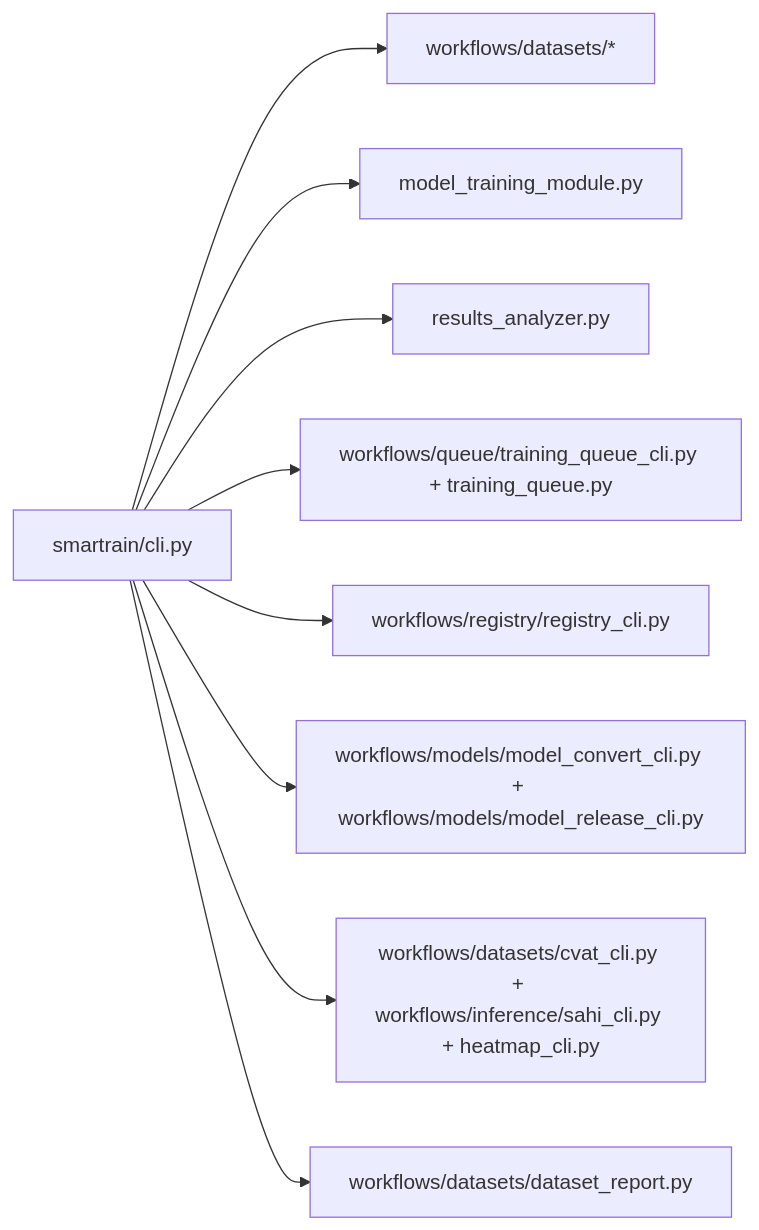
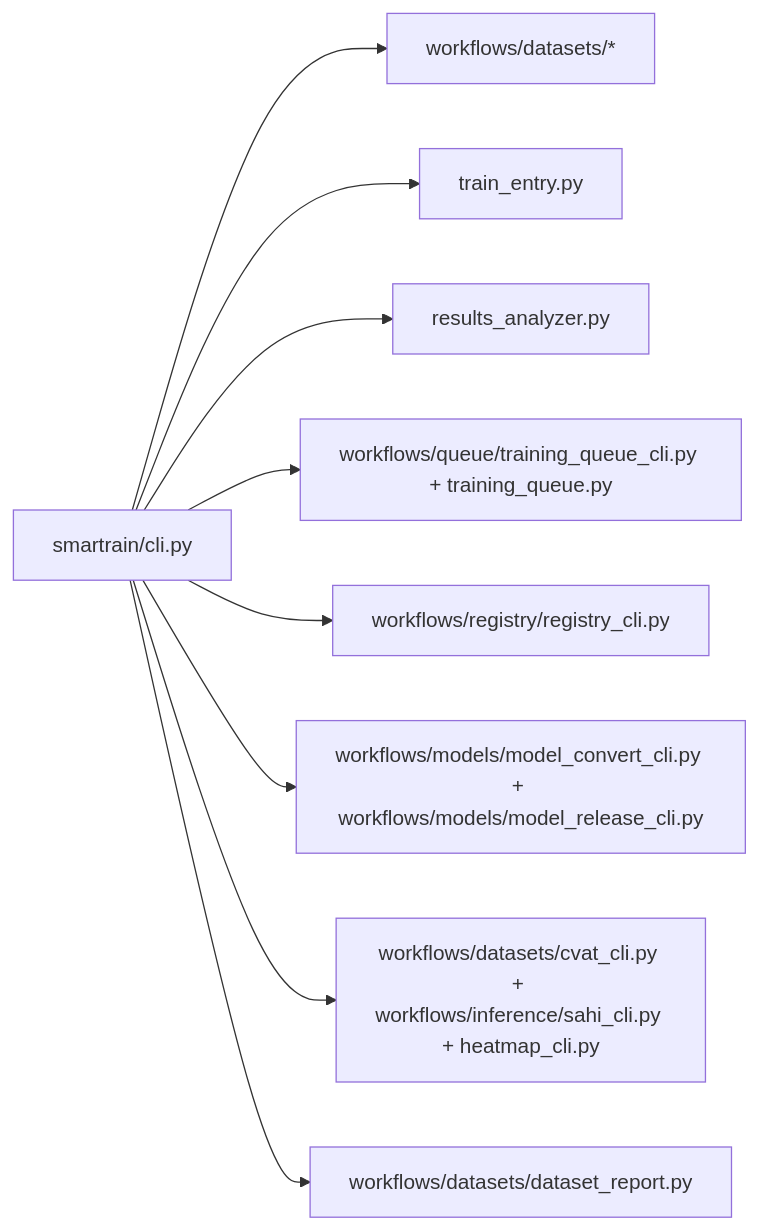
The diagram in docs/reference/api.md (aicommunity/SmarTrain), drawn with Mermaid before and after one commit. The commit also changed other lines of this file and 35 other files, not shown here.

First line of the commit message:
refactor(training): remove model_training_module (LB-D8)

````diff
--- a/docs/reference/api.md
+++ b/docs/reference/api.md
@@ -62,12 +62,12 @@
 ```mermaid
 flowchart LR
     cliRouter["smartrain/cli.py"]
     cliRouter --> datasetsBlock["workflows/datasets/*"]
-    cliRouter --> trainBlock["model_training_module.py"]
+    cliRouter --> trainBlock["train_entry.py"]
     cliRouter --> analyzeBlock["results_analyzer.py"]
     cliRouter --> queueBlock["workflows/queue/training_queue_cli.py + training_queue.py"]
     cliRouter --> registryBlock["workflows/registry/registry_cli.py"]
     cliRouter --> modelBlock["workflows/models/model_convert_cli.py + workflows/models/model_release_cli.py"]
     cliRouter --> ioBlock["workflows/datasets/cvat_cli.py + workflows/inference/sahi_cli.py + heatmap_cli.py"]
     cliRouter --> reportBlock["workflows/datasets/dataset_report.py"]
 ```
````
